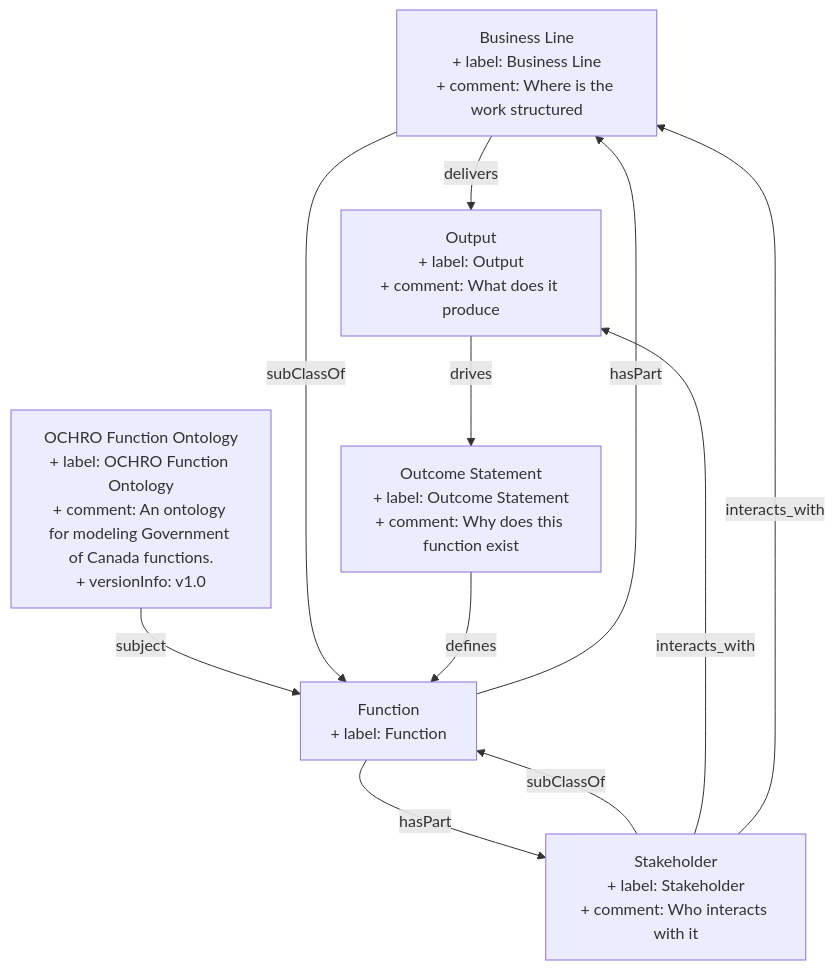
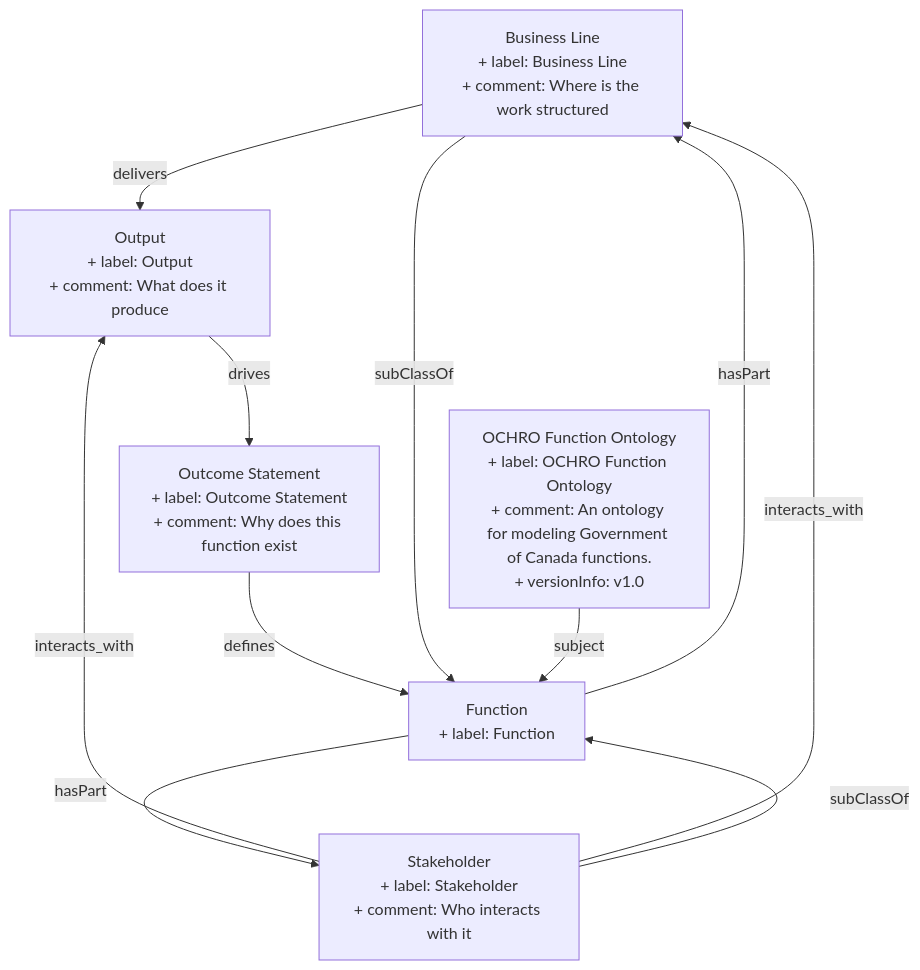
One commit to heidingaway/heidi2 changed the diagram in content/business_line.md. Above: the diagram before and after it, drawn with Mermaid. The commit also changed other lines of this file and 350 other files, not shown here.

````diff
--- a/content/business_line.md
+++ b/content/business_line.md
@@ -30,19 +31,19 @@
 ```mermaid
 graph TD
   Business_Line["Business Line<br>+ label: Business Line<br>+ comment: Where is the work structured"]:::current-page-node
   Function["Function<br>+ label: Function"]
   Output["Output<br>+ label: Output<br>+ comment: What does it produce"]
   Stakeholder["Stakeholder<br>+ label: Stakeholder<br>+ comment: Who interacts with it"]
+  Outcome_Statement["Outcome Statement<br>+ label: Outcome Statement<br>+ comment: Why does this function exist"]
   OCHRO_Function_Ontology["OCHRO Function Ontology<br>+ label: OCHRO Function Ontology<br>+ comment: An ontology for modeling Government of Canada functions.<br>+ versionInfo: v1.0"]
-  Outcome_Statement["Outcome Statement<br>+ label: Outcome Statement<br>+ comment: Why does this function exist"]
+  Business_Line-->|" delivers "|Output
+  Output-->|" drives "|Outcome_Statement
+  Outcome_Statement-->|" defines "|Function
+  Function-->|" hasPart "|Stakeholder
   Function-->|" hasPart "|Business_Line
+  Stakeholder-->|" interacts_with "|Output
+  Business_Line-->|" subClassOf "|Function
   OCHRO_Function_Ontology-->|" subject "|Function
-  Business_Line-->|" delivers "|Output
+  Stakeholder-->|" interacts_with "|Business_Line
   Stakeholder-->|" subClassOf "|Function
-  Business_Line-->|" subClassOf "|Function
-  Stakeholder-->|" interacts_with "|Output
-  Outcome_Statement-->|" defines "|Function
-  Output-->|" drives "|Outcome_Statement
-  Function-->|" hasPart "|Stakeholder
-  Stakeholder-->|" interacts_with "|Business_Line
 ```
````
